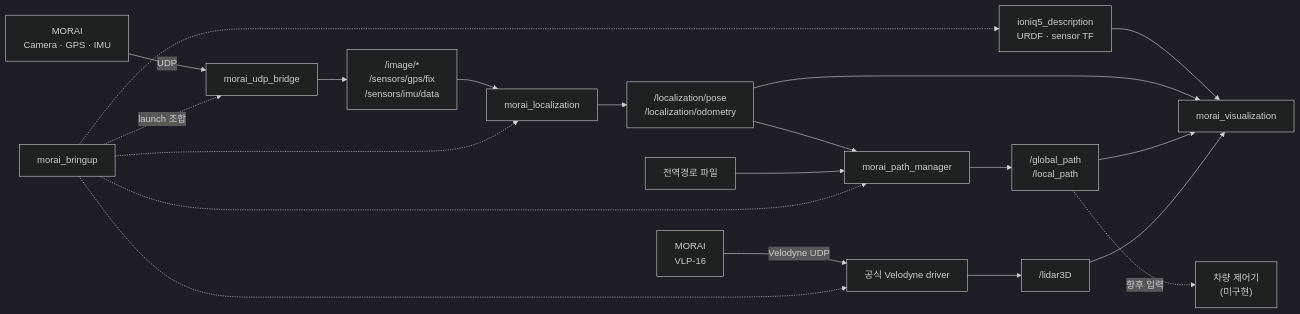
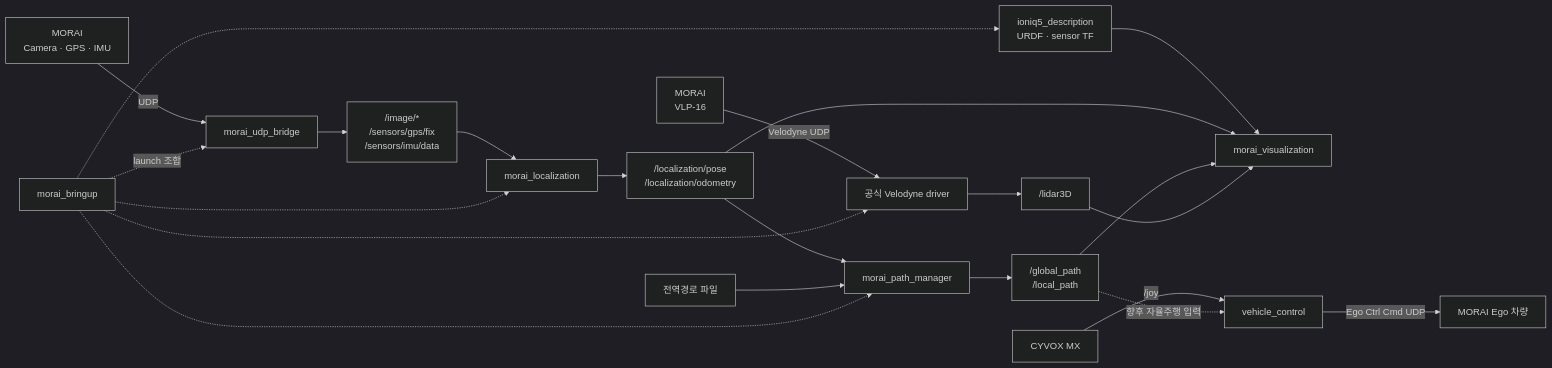
Before and after one commit to suhyeon01004-hongik/Temp_ws: the diagram in README.md, drawn with Mermaid (dark theme). The commit also changed other lines of this file and 6 other files, not shown here.

Commit message:
feat: control MORAI with CYVOX joystick

````diff
--- a/README.md
+++ b/README.md
@@ -24,25 +24,27 @@
 ```mermaid
 flowchart LR
     SIM1["MORAI<br/>Camera · GPS · IMU"] -->|UDP| UDP["morai_udp_bridge"]
     SIM2["MORAI<br/>VLP-16"] -->|Velodyne UDP| VEL["공식 Velodyne driver"]
 
     UDP --> RAW["/image/*<br/>/sensors/gps/fix<br/>/sensors/imu/data"]
     RAW --> LOC["morai_localization"]
     LOC --> POSE["/localization/pose<br/>/localization/odometry"]
     POSE --> PATH["morai_path_manager"]
     ROUTE["전역경로 파일"] --> PATH
     PATH --> PATH_TOPIC["/global_path<br/>/local_path"]
 
     DESC["ioniq5_description<br/>URDF · sensor TF"] --> VIZ["morai_visualization"]
     POSE --> VIZ
     PATH_TOPIC --> VIZ
     VEL --> CLOUD["/lidar3D"]
     CLOUD --> VIZ
 
-    PATH_TOPIC -. "향후 입력" .-> CTRL["차량 제어기<br/>(미구현)"]
+    JOY["CYVOX MX"] -->|/joy| CTRL["vehicle_control"]
+    CTRL -->|Ego Ctrl Cmd UDP| SIM3["MORAI Ego 차량"]
+    PATH_TOPIC -. "향후 자율주행 입력" .-> CTRL
     BRINGUP["morai_bringup"] -. "launch 조합" .-> UDP
     BRINGUP -.-> LOC
     BRINGUP -.-> PATH
     BRINGUP -.-> DESC
     BRINGUP -.-> VEL
 ```
````
